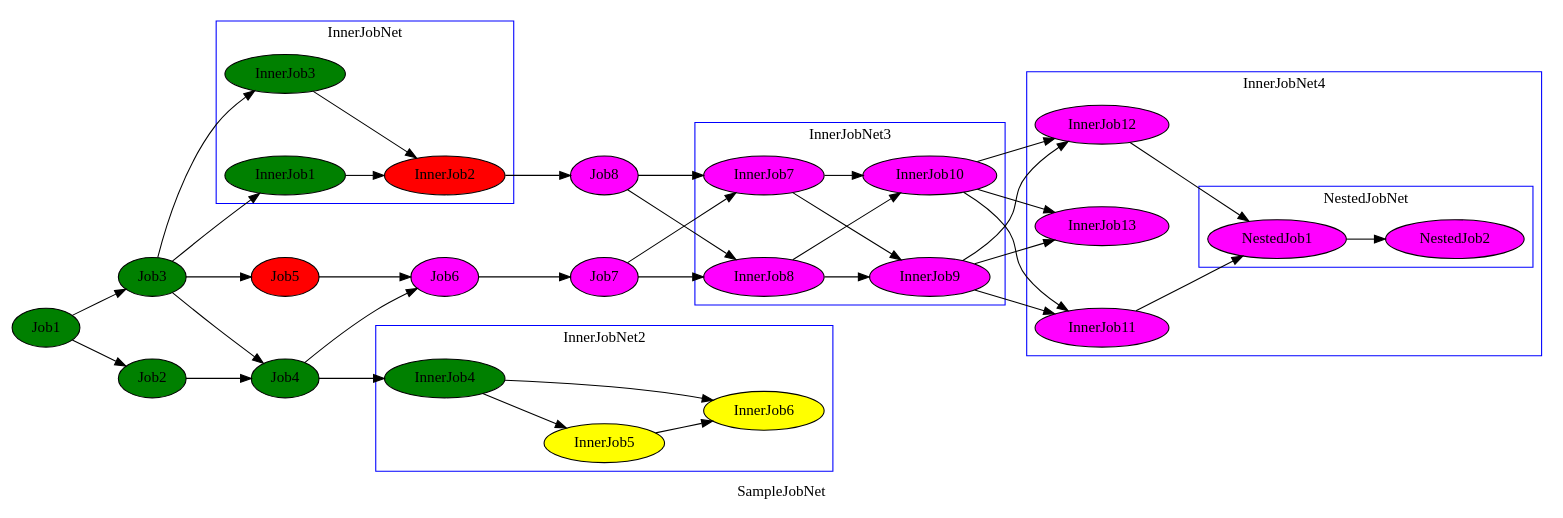
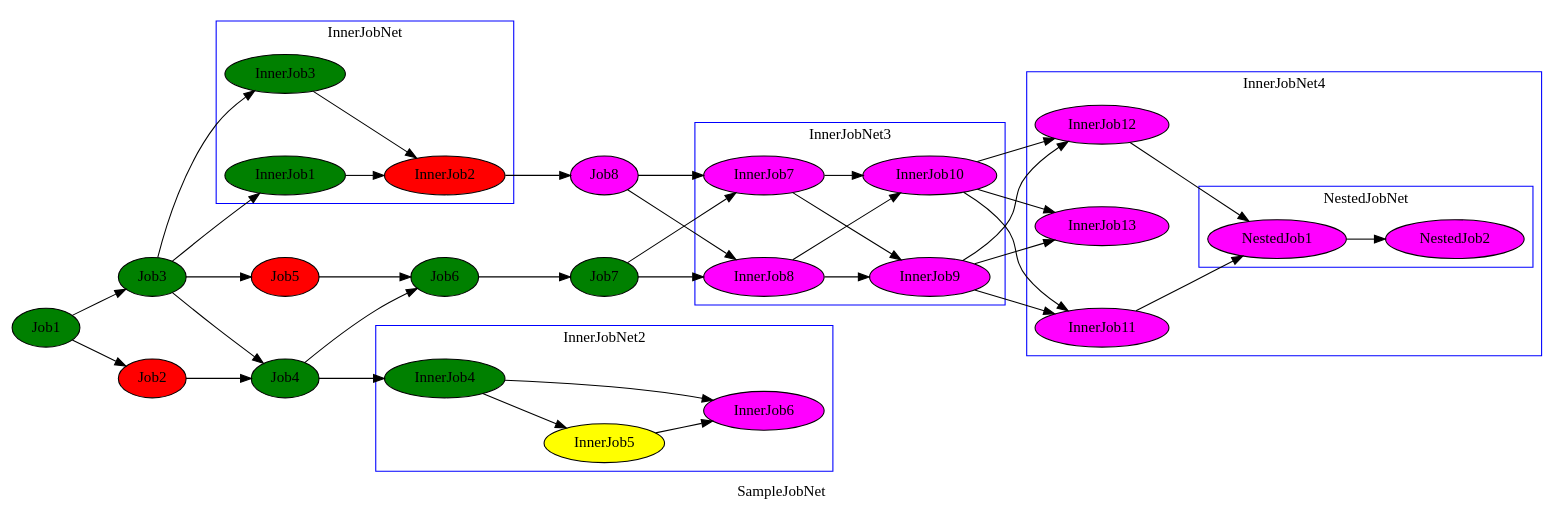
One commit to joker1007/rukawa changed the diagram in sample/result.dot. Above: the diagram before and after it, drawn with Graphviz. The commit also changed 6 other files, not shown here.

```diff
--- a/sample/result.dot
+++ b/sample/result.dot
@@ -1,86 +1,86 @@
 digraph "SampleJobNet" {
 label = "SampleJobNet";
 graph [rankdir = LR,nodesep = 0.8,concentrate = true];
 Job1 [style = filled,fillcolor = green];
-Job2 [style = filled,fillcolor = green];
+Job2 [style = filled,fillcolor = red];
 Job3 [style = filled,fillcolor = green];
 Job4 [style = filled,fillcolor = green];
 subgraph "cluster_InnerJobNet" {
 label = "InnerJobNet";
 graph [rankdir = LR,nodesep = 0.8,concentrate = true];
 color = blue;
 InnerJob3 [style = filled,fillcolor = green];
 InnerJob1 [style = filled,fillcolor = green];
 InnerJob2 [style = filled,fillcolor = red];
 "InnerJob1" -> "InnerJob2";
 "InnerJob3" -> "InnerJob2";
 }
 Job8 [style = filled,fillcolor = magenta];
 Job5 [style = filled,fillcolor = red];
-Job6 [style = filled,fillcolor = magenta];
-Job7 [style = filled,fillcolor = magenta];
+Job6 [style = filled,fillcolor = green];
+Job7 [style = filled,fillcolor = green];
 subgraph "cluster_InnerJobNet2" {
 label = "InnerJobNet2";
 graph [rankdir = LR,nodesep = 0.8,concentrate = true];
 color = blue;
 InnerJob4 [style = filled,fillcolor = green];
 InnerJob5 [style = filled,fillcolor = yellow];
-InnerJob6 [style = filled,fillcolor = yellow];
+InnerJob6 [style = filled,fillcolor = magenta];
 "InnerJob4" -> "InnerJob5";
 "InnerJob4" -> "InnerJob6";
 "InnerJob5" -> "InnerJob6";
 }
 subgraph "cluster_InnerJobNet3" {
 label = "InnerJobNet3";
 graph [rankdir = LR,nodesep = 0.8,concentrate = true];
 color = blue;
 InnerJob7 [style = filled,fillcolor = magenta];
 InnerJob8 [style = filled,fillcolor = magenta];
 InnerJob9 [style = filled,fillcolor = magenta];
 InnerJob10 [style = filled,fillcolor = magenta];
 "InnerJob7" -> "InnerJob9";
 "InnerJob8" -> "InnerJob9";
 "InnerJob7" -> "InnerJob10";
 "InnerJob8" -> "InnerJob10";
 }
 subgraph "cluster_InnerJobNet4" {
 label = "InnerJobNet4";
 graph [rankdir = LR,nodesep = 0.8,concentrate = true];
 color = blue;
 InnerJob11 [style = filled,fillcolor = magenta];
 InnerJob12 [style = filled,fillcolor = magenta];
 InnerJob13 [style = filled,fillcolor = magenta];
 subgraph "cluster_NestedJobNet" {
 label = "NestedJobNet";
 graph [rankdir = LR,nodesep = 0.8,concentrate = true];
 color = blue;
 NestedJob1 [style = filled,fillcolor = magenta];
 NestedJob2 [style = filled,fillcolor = magenta];
 "NestedJob1" -> "NestedJob2";
 }
 "InnerJob11" -> "NestedJob1";
 "InnerJob12" -> "NestedJob1";
 }
 "Job1" -> "Job2";
 "Job1" -> "Job3";
 "Job2" -> "Job4";
 "Job3" -> "Job4";
 "Job3" -> "InnerJob3";
 "Job3" -> "InnerJob1";
 "InnerJob2" -> "Job8";
 "Job3" -> "Job5";
 "Job4" -> "Job6";
 "Job5" -> "Job6";
 "Job6" -> "Job7";
 "Job4" -> "InnerJob4";
 "Job8" -> "InnerJob7";
 "Job8" -> "InnerJob8";
 "Job7" -> "InnerJob7";
 "Job7" -> "InnerJob8";
 "InnerJob9" -> "InnerJob11";
 "InnerJob9" -> "InnerJob12";
 "InnerJob9" -> "InnerJob13";
 "InnerJob10" -> "InnerJob11";
 "InnerJob10" -> "InnerJob12";
 "InnerJob10" -> "InnerJob13";
 }
```
